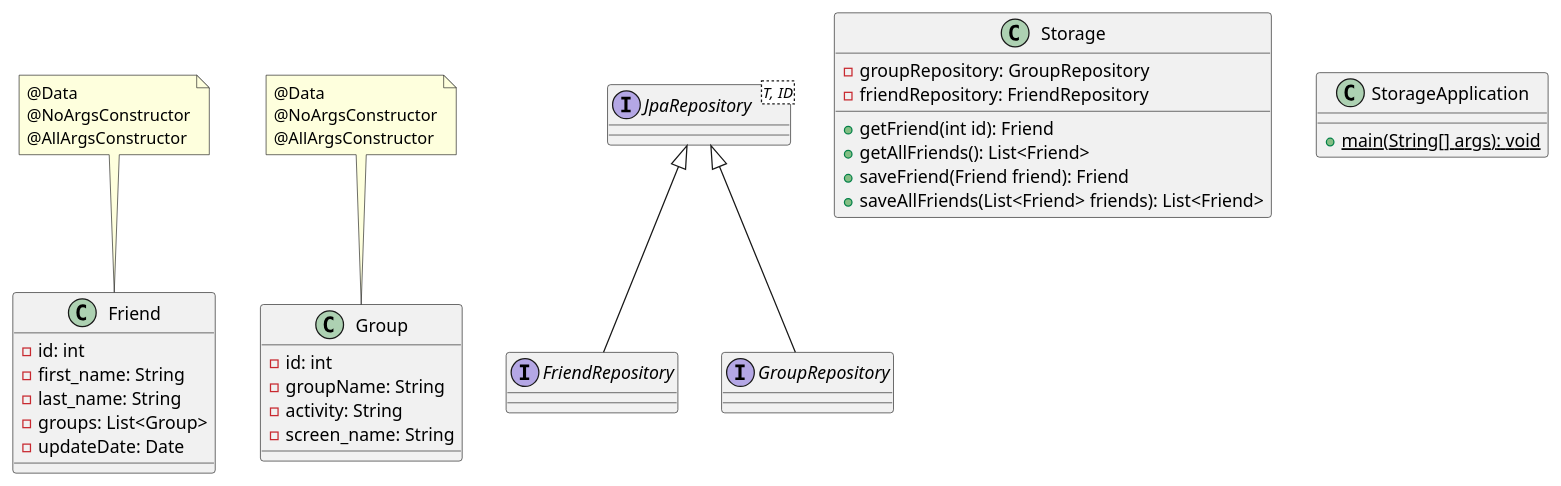
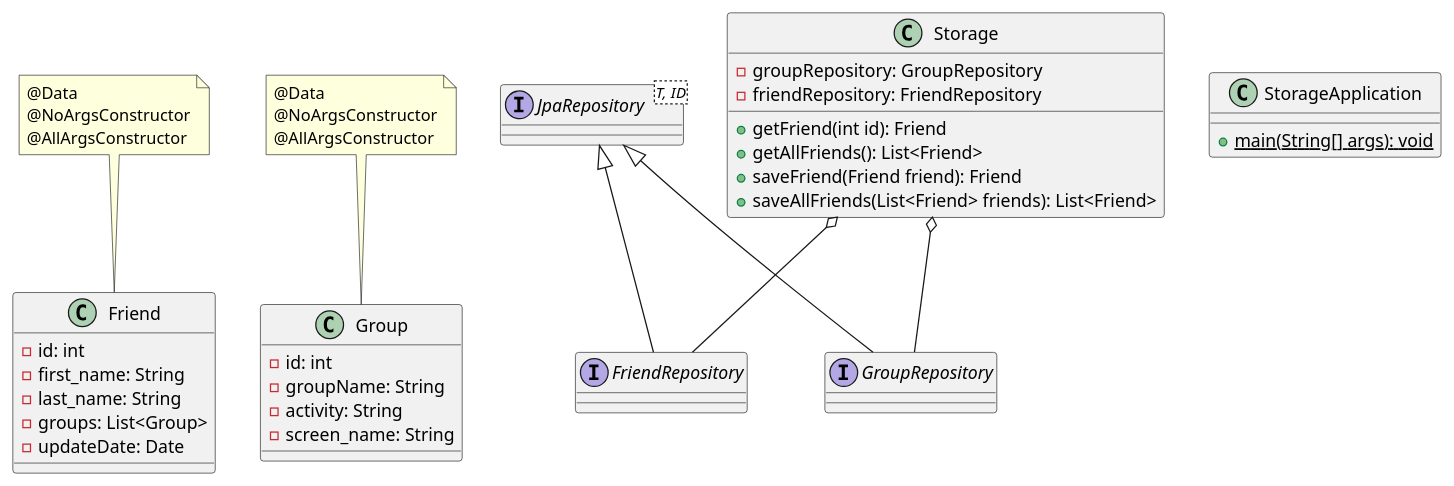
The diagram in storage.puml (feduuk/app), drawn with PlantUML before and after one commit. The commit also changed 12 other files, not shown here.

```diff
--- a/storage.puml
+++ b/storage.puml
@@ -1,47 +1,48 @@
 @startuml
 class Friend{
     - id: int
     - first_name: String
     - last_name: String
     - groups: List<Group>
     - updateDate: Date
 }
 note top: @Data\n@NoArgsConstructor\n@AllArgsConstructor
 
 class Group{
     - id: int
     - groupName: String
     - activity: String
     - screen_name: String
 }
 note top: @Data\n@NoArgsConstructor\n@AllArgsConstructor
 
 interface FriendRepository{
 
 }
 
 interface GroupRepository{
 
 }
 interface JpaRepository<T, ID>{
 
 }
 
 class Storage{
     - groupRepository: GroupRepository
     - friendRepository: FriendRepository
 
     + getFriend(int id): Friend
     + getAllFriends(): List<Friend>
     + saveFriend(Friend friend): Friend
     + saveAllFriends(List<Friend> friends): List<Friend>
 }
 
 class StorageApplication{
     + {static}  main(String[] args): void
 }
-
+Storage o-- GroupRepository
+Storage o-- FriendRepository
 JpaRepository <|-- FriendRepository
 JpaRepository <|-- GroupRepository
 
 @enduml
```
